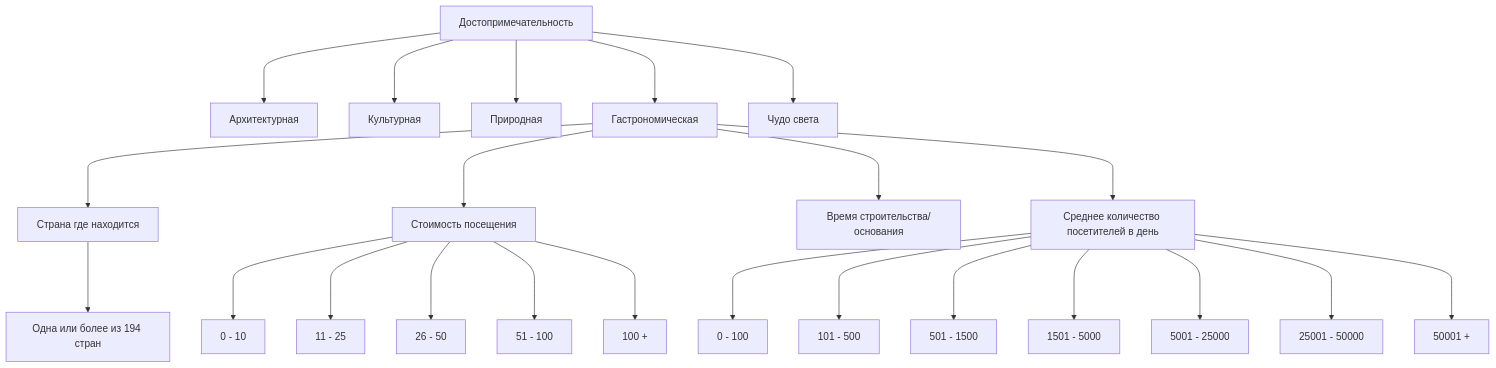
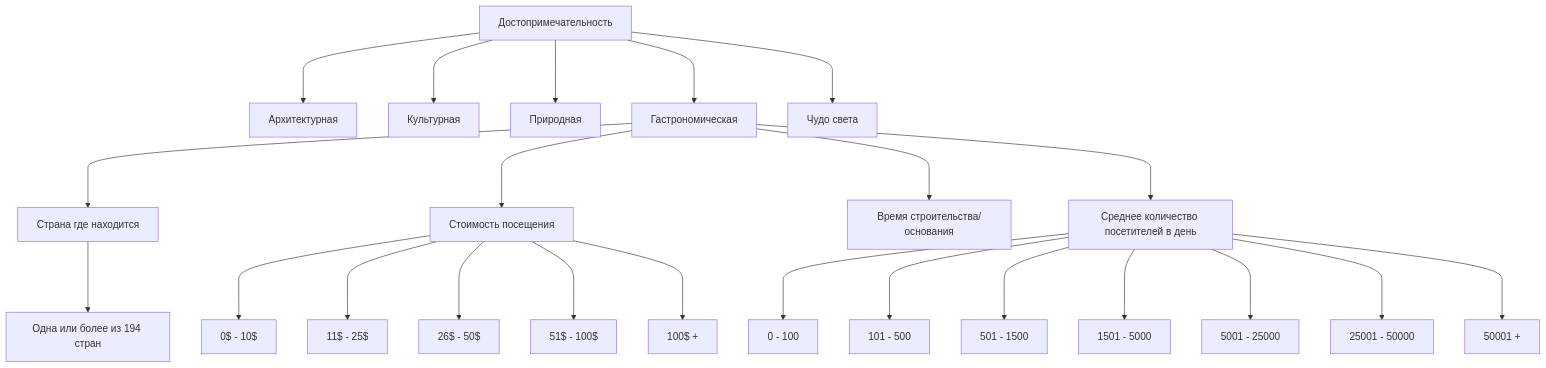
The diagram in lab_01/tree.md (demonblo/artificial-intelligence-systems), drawn with Mermaid before and after one commit.

Commit message:
edit cost property for gastronomic attraction in tree.md

````diff
--- a/lab_01/tree.md
+++ b/lab_01/tree.md
@@ -1,29 +1,29 @@
 ```mermaid
 flowchart TD
 Достопримечательность ---> Архитектурная
 Достопримечательность ---> Культурная
 Достопримечательность ---> Природная
 Достопримечательность ---> Гастрономическая
 Достопримечательность ---> ЧС[Чудо света]
 
 Гастрономическая ---> СН[Страна где находится]
 Гастрономическая ---> СП[Стоимость посещения]
 Гастрономическая ---> ВО[Время строительства/основания]
 Гастрономическая ---> КТ[Среднее количество посетителей в день]
 
 СН ---> Страны[Одна или более из 194 стран]
 
-СП ---> low_cost[0 - 10]
-СП ---> upper_low_cost[11 - 25]
-СП ---> medium_cost[26 - 50]
-СП ---> upper_medium_cost[51 - 100]
-СП ---> high_cost[100 +]
+СП ---> low_cost[0$ - 10$]
+СП ---> upper_low_cost[11$ - 25$]
+СП ---> medium_cost[26$ - 50$]
+СП ---> upper_medium_cost[51$ - 100$]
+СП ---> high_cost[100$ +]
 
 КТ ---> super_low_count[0 - 100]
 КТ ---> low_count[101 - 500]
 КТ ---> upper_low_count[501 - 1500]
 КТ ---> medium_count[1501 - 5000]
 КТ ---> upper_medium_count[5001 - 25000]
 КТ ---> high_count[25001 - 50000]
 КТ ---> mega_high_count[50001 +]
 ```
````
